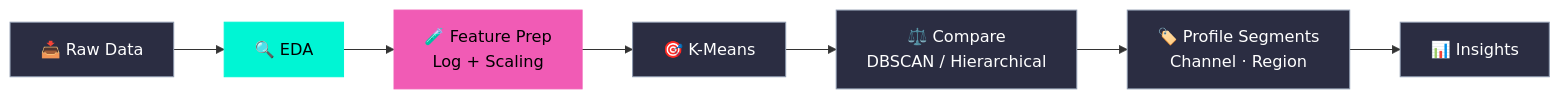
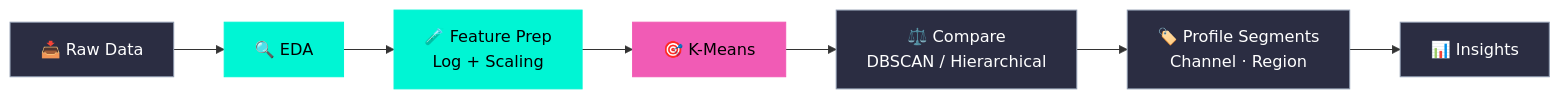
Before and after one commit to Kartikshard/Whole-Sale-Customer-Segmentation: the diagram in README.md, drawn with Mermaid. The commit also changed other lines of this file and 1 other file, not shown here.

````diff
--- a/README.md
+++ b/README.md
@@ -58,17 +58,17 @@
 ```mermaid
 flowchart LR
     A[📥 Raw Data] --> B[🔍 EDA]
     B --> C[🧪 Feature Prep<br/>Log + Scaling]
     C --> D[🎯 K-Means]
     D --> E[⚖️ Compare<br/>DBSCAN / Hierarchical]
     E --> F[🏷️ Profile Segments<br/>Channel · Region]
     F --> G[📊 Insights]
 
     style B fill:#00F5D4,stroke:#00F5D4,color:#000
-    style C fill:#F15BB5,stroke:#F15BB5,color:#000
+    style C fill:#00F5D4,stroke:#00F5D4,color:#000
     style A fill:#2b2d42,stroke:#8d99ae,color:#fff
-    style D fill:#2b2d42,stroke:#8d99ae,color:#fff
+    style D fill:#F15BB5,stroke:#F15BB5,color:#000
     style E fill:#2b2d42,stroke:#8d99ae,color:#fff
     style F fill:#2b2d42,stroke:#8d99ae,color:#fff
     style G fill:#2b2d42,stroke:#8d99ae,color:#fff
 ```
````
